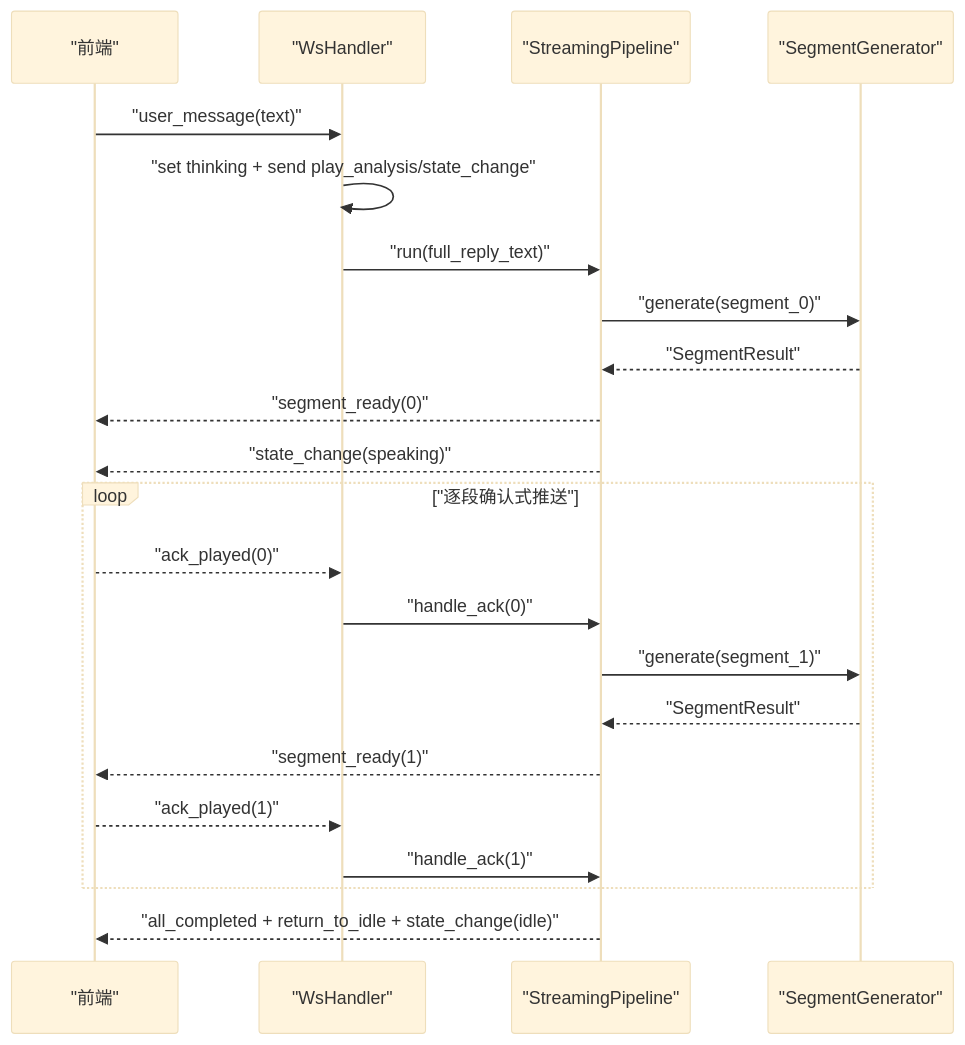
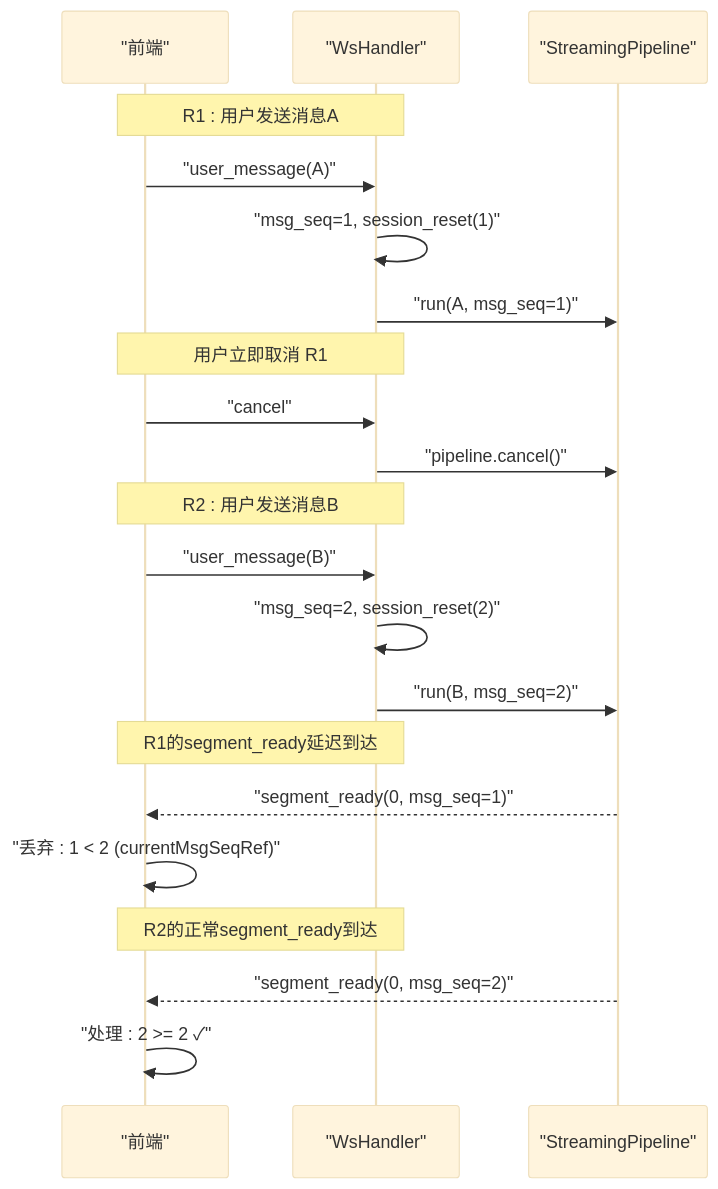
The fifth of 7 diagrams in .qoder/repowiki/zh/content/后端服务/WebSocket 通信协议.md (leo21cn/real-time-talk), drawn with Mermaid (base theme) before and after one commit. The commit also changed other lines of this file and 9 other files, not shown here.

````diff
--- a/.qoder/repowiki/zh/content/后端服务/WebSocket 通信协议.md
+++ b/.qoder/repowiki/zh/content/后端服务/WebSocket 通信协议.md
@@ -289,24 +343,23 @@
 ```mermaid
 sequenceDiagram
 participant FE as "前端"
 participant H as "WsHandler"
 participant P as "StreamingPipeline"
-participant G as "SegmentGenerator"
-FE->>H : "user_message(text)"
-H->>H : "set thinking + send play_analysis/state_change"
-H->>P : "run(full_reply_text)"
-P->>G : "generate(segment_0)"
-G-->>P : "SegmentResult"
-P-->>FE : "segment_ready(0)"
-P-->>FE : "state_change(speaking)"
-loop "逐段确认式推送"
-FE-->>H : "ack_played(0)"
-H->>P : "handle_ack(0)"
-P->>G : "generate(segment_1)"
-G-->>P : "SegmentResult"
-P-->>FE : "segment_ready(1)"
-FE-->>H : "ack_played(1)"
-H->>P : "handle_ack(1)"
-end
-P-->>FE : "all_completed + return_to_idle + state_change(idle)"
+Note over FE,H : R1 : 用户发送消息A
+FE->>H : "user_message(A)"
+H->>H : "msg_seq=1, session_reset(1)"
+H->>P : "run(A, msg_seq=1)"
+Note over FE,H : 用户立即取消 R1
+FE->>H : "cancel"
+H->>P : "pipeline.cancel()"
+Note over FE,H : R2 : 用户发送消息B
+FE->>H : "user_message(B)"
+H->>H : "msg_seq=2, session_reset(2)"
+H->>P : "run(B, msg_seq=2)"
+Note over FE,H : R1的segment_ready延迟到达
+P-->>FE : "segment_ready(0, msg_seq=1)"
+FE->>FE : "丢弃 : 1 < 2 (currentMsgSeqRef)"
+Note over FE,H : R2的正常segment_ready到达
+P-->>FE : "segment_ready(0, msg_seq=2)"
+FE->>FE : "处理 : 2 >= 2 ✓"
 ```
````
